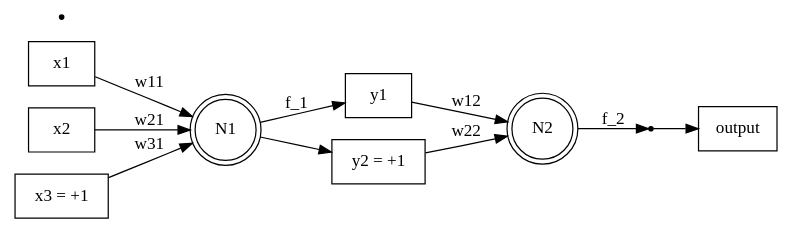
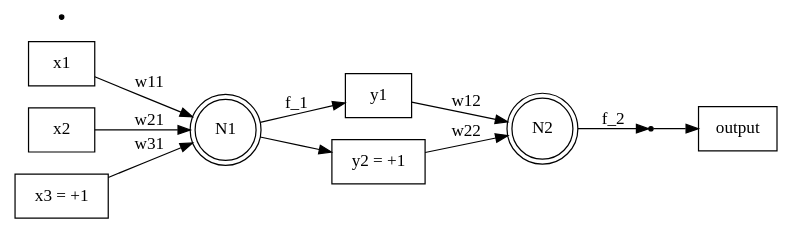
One commit to frankandrobot/bearded-android-docs changed the diagram in NeuralNetworks/BackPropagation/Motivation/diagram.dot. Above: the diagram before and after it, drawn with Graphviz. The commit also changed 5 other files, not shown here.

```diff
--- a/NeuralNetworks/BackPropagation/Motivation/diagram.dot
+++ b/NeuralNetworks/BackPropagation/Motivation/diagram.dot
@@ -1,20 +1,41 @@
 digraph neural_network {
 	rankdir=LR;
+	splines=line;
+
+
 	size="8,5"
 	node [shape = doublecircle]; N1 N2;
 	node [shape = point]; o1 o2;
 	node [shape = box];
+
+	subgraph layer0 {
+		color=white;
+		x1 x2 "x3 = +1"
+                label = "input"
+        }
+
+	subgraph layer1 {
+		color=white;
+	        N1
+                label = "layer 1 (hidden layer)"
+	}	
+
+        subgraph layer2 {
+		N2
+                label = "layer 2 (output layer)"
+	}
+
 	x1 -> N1 [ label = "w11" ];
         x2 -> N1 [ label = "w21" ];
-        "x3 = +1" -> N1 [ label = "w31" ];
-        
+	"x3 = +1" -> N1 [ label = "w31" ];
+
         N1 -> y1 [ label = "f_1"];
         N1 -> "y2 = +1";
 
         y1 -> N2 [ label = "w12" ];
         "y2 = +1" -> N2 [ label = "w22" ];
 
         N2 -> o2 [label = "f_2"];
-        o2 -> output
+        o2 -> output 
 
 }
```
